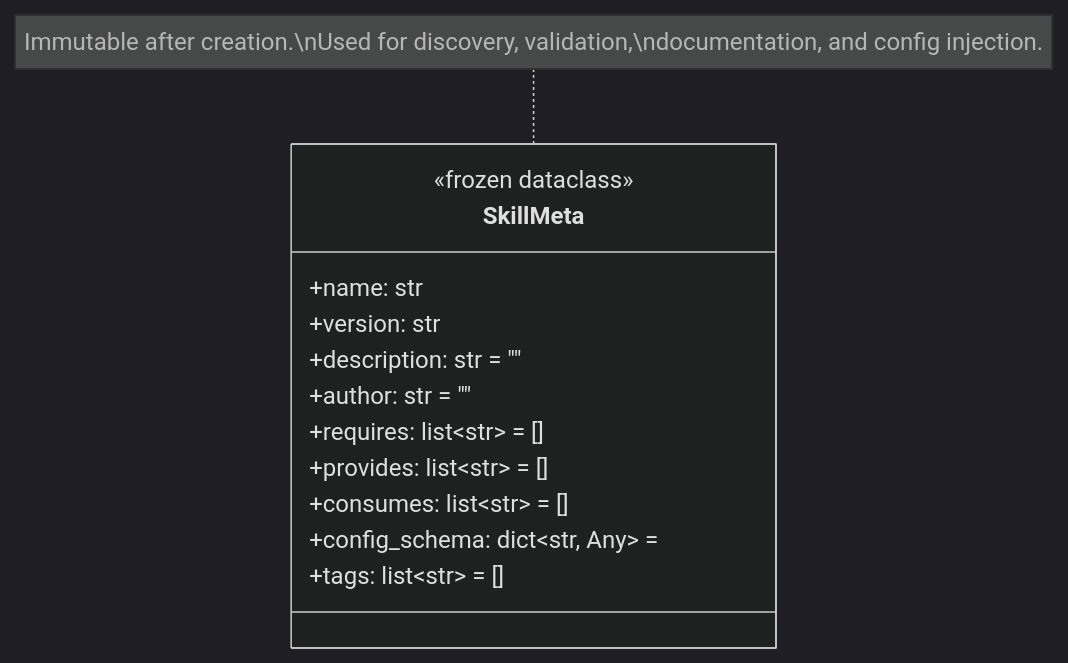
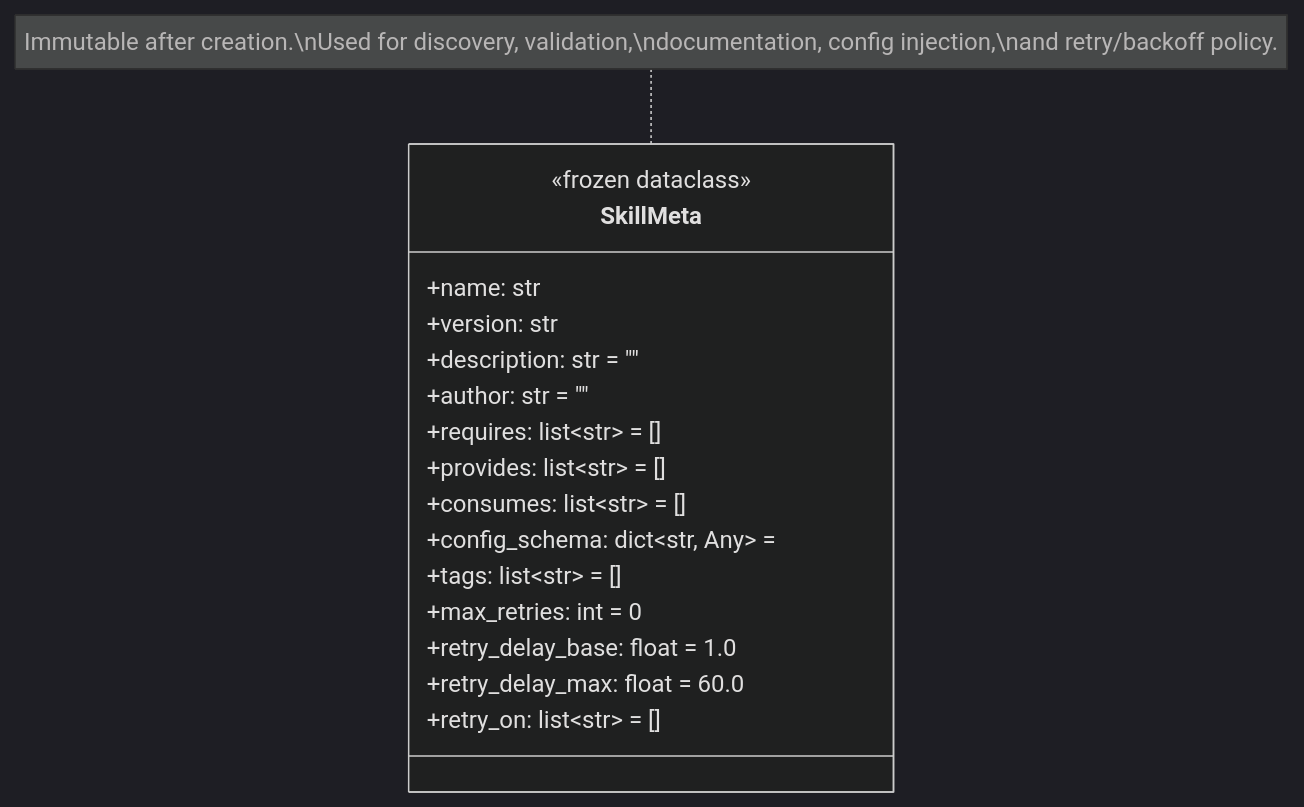
One commit to alexh-scrt/neurocore changed the seventh of 15 diagrams in ARCHITECTURE.md. Above: the diagram before and after it, drawn with Mermaid (dark theme). The commit also changed other lines of this file and 37 other files, not shown here.

````diff
--- a/ARCHITECTURE.md
+++ b/ARCHITECTURE.md
@@ -445,17 +449,21 @@
 ```mermaid
 classDiagram
     class SkillMeta {
         <<frozen dataclass>>
         +name: str
         +version: str
         +description: str = ""
         +author: str = ""
         +requires: list~str~ = []
         +provides: list~str~ = []
         +consumes: list~str~ = []
         +config_schema: dict~str, Any~ =
         +tags: list~str~ = []
+        +max_retries: int = 0
+        +retry_delay_base: float = 1.0
+        +retry_delay_max: float = 60.0
+        +retry_on: list~str~ = []
     }
 
-    note for SkillMeta "Immutable after creation.\nUsed for discovery, validation,\ndocumentation, and config injection."
+    note for SkillMeta "Immutable after creation.\nUsed for discovery, validation,\ndocumentation, config injection,\nand retry/backoff policy."
 ```
````
